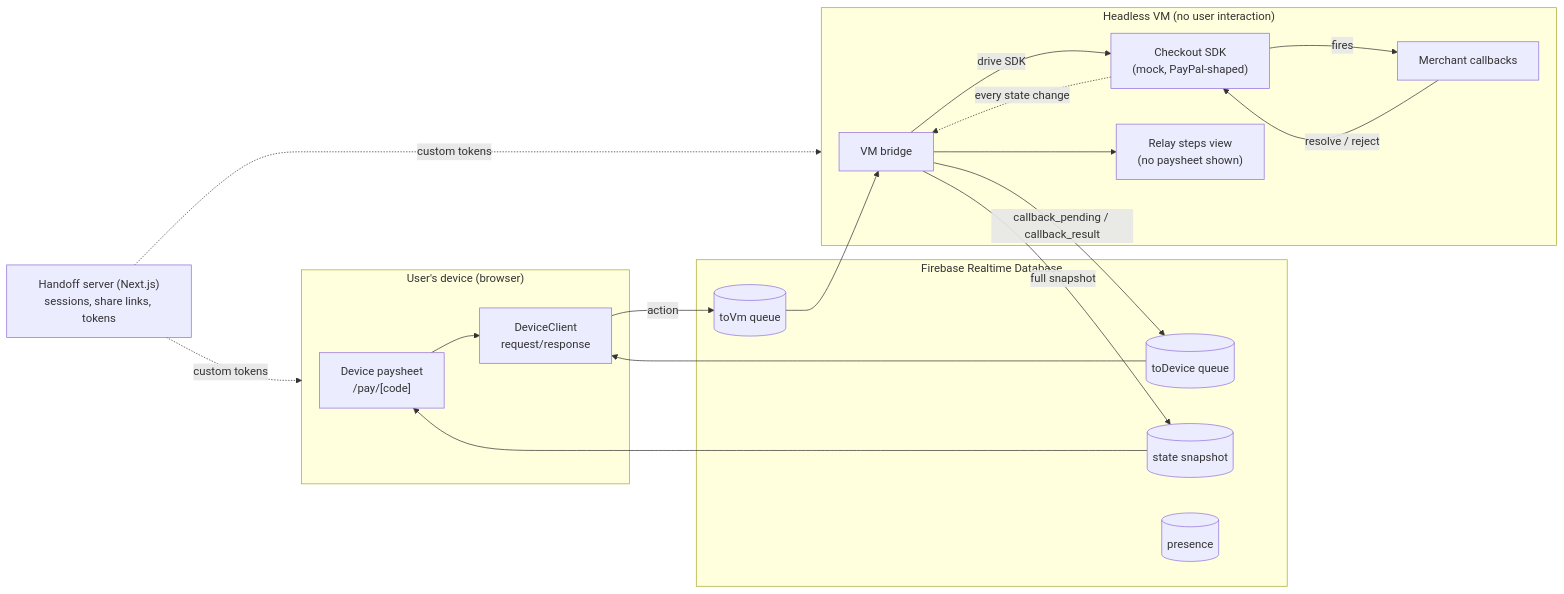
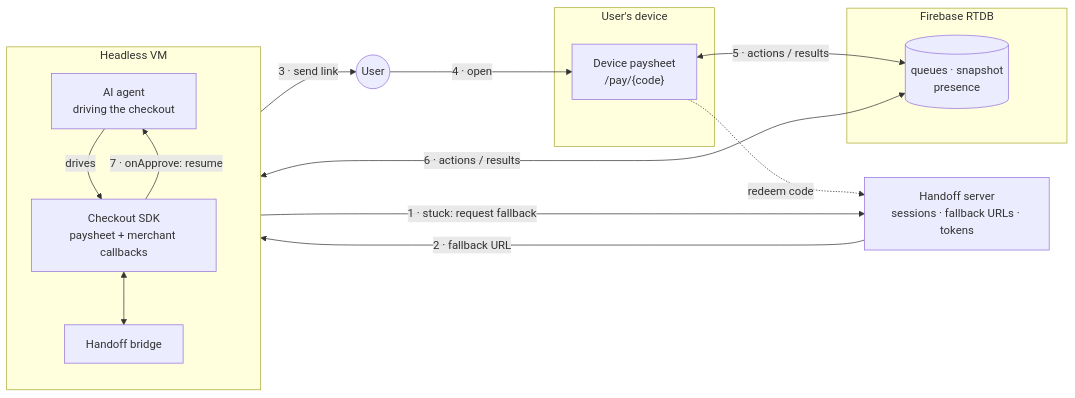
One commit to shubhamkokul/handoff changed the diagram in architecture/README.md. Above: the diagram before and after it, drawn with Mermaid. The commit also changed other lines of this file and 7 other files, not shown here.

First line of the commit message:
Docs: agent-fallback premise, end-to-end sequence diagrams

````diff
--- a/architecture/README.md
+++ b/architecture/README.md
@@ -27,38 +35,31 @@
 ```mermaid
 flowchart LR
-    subgraph Device["User's device (browser)"]
-        DUI["Device paysheet<br/>/pay/[code]"]
-        DC["DeviceClient<br/>request/response"]
+    subgraph VM["Headless VM"]
+        direction TB
+        AG["AI agent<br/>driving the checkout"]
+        SDK["Checkout SDK<br/>paysheet + merchant callbacks"]
+        BR["Handoff bridge"]
+        AG -- "drives" --> SDK
+        SDK <--> BR
     end
 
-    subgraph Firebase["Firebase Realtime Database"]
-        Q1[("toVm queue")]
-        Q2[("toDevice queue")]
-        ST[("state snapshot")]
-        PR[("presence")]
+    subgraph FB["Firebase RTDB"]
+        Q[("queues · snapshot<br/>presence")]
     end
 
-    subgraph VM["Headless VM (no user interaction)"]
-        BR["VM bridge"]
-        SDK["Checkout SDK<br/>(mock, PayPal-shaped)"]
-        M["Merchant callbacks"]
-        VUI["Relay steps view<br/>(no paysheet shown)"]
+    subgraph DEV["User's device"]
+        PS["Device paysheet<br/>/pay/{code}"]
     end
 
-    API["Handoff server (Next.js)<br/>sessions, share links, tokens"]
+    API["Handoff server<br/>sessions · fallback URLs · tokens"]
+    U(("User"))
 
-    DUI --> DC
-    DC -- "action" --> Q1
-    Q1 --> BR
-    BR -- "drive SDK" --> SDK
-    SDK -- "fires" --> M
-    M -- "resolve / reject" --> SDK
-    BR -- "callback_pending / callback_result" --> Q2
-    SDK -. "every state change" .-> BR
-    BR -- "full snapshot" --> ST
-    Q2 --> DC
-    ST --> DUI
-    BR --> VUI
-    API -. "custom tokens" .-> Device
-    API -. "custom tokens" .-> VM
+    AG -- "1 · stuck: request fallback" --> API
+    API -- "2 · fallback URL" --> AG
+    AG -- "3 · send link" --> U
+    U -- "4 · open" --> PS
+    PS -. "redeem code" .-> API
+    PS <-- "5 · actions / results" --> Q
+    Q <-- "6 · actions / results" --> BR
+    SDK -- "7 · onApprove: resume" --> AG
 ```
````
